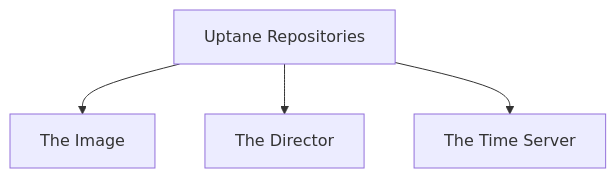
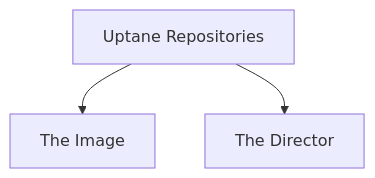
The first of 6 diagrams in uptane-workflows.md (yokesharun/uptane), drawn with Mermaid before and after one commit. The commit also changed other lines of this file, not shown here.

````diff
--- a/uptane-workflows.md
+++ b/uptane-workflows.md
@@ -5,6 +5,5 @@
 ```mermaid
 graph TD
     A[Uptane Repositories] --> B[The Image]
     A -->C[The Director]
-    A -->D[The Time Server]
 ```
````
